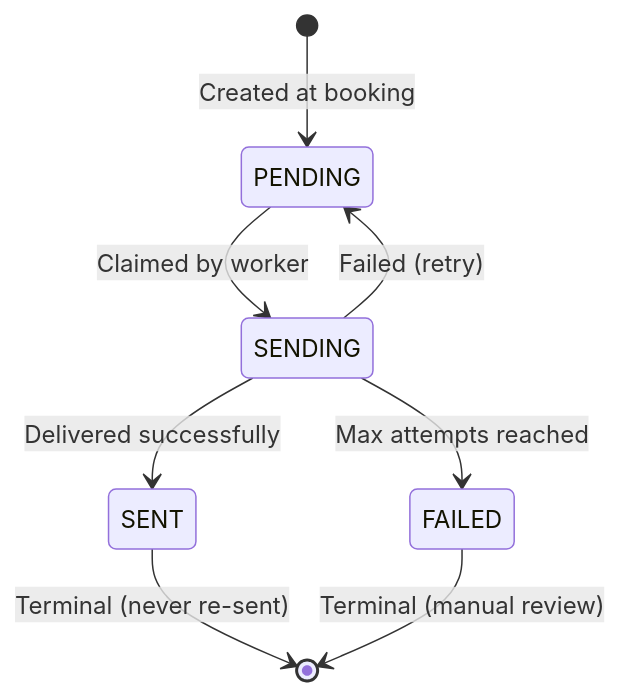
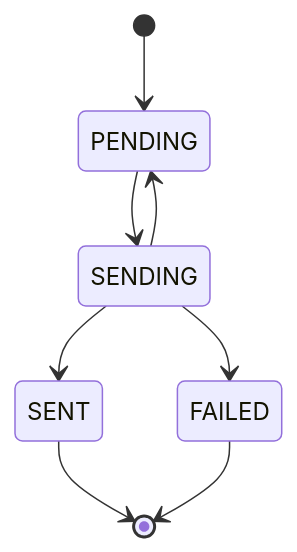
The second of 2 diagrams in README.md (kharshit801/appointment-reminder-service), drawn with Mermaid before and after one commit. The commit also changed other lines of this file, not shown here.

Commit message:
simplify state diagram labels

````diff
--- a/README.md
+++ b/README.md
@@ -54,10 +54,10 @@
 ```mermaid
 stateDiagram-v2
-    [*] --> PENDING: Created at booking
-    PENDING --> SENDING: Claimed by worker
-    SENDING --> SENT: Delivered successfully
-    SENDING --> PENDING: Failed (retry)
-    SENDING --> FAILED: Max attempts reached
-    SENT --> [*]: Terminal (never re-sent)
-    FAILED --> [*]: Terminal (manual review)
+    [*] --> PENDING
+    PENDING --> SENDING
+    SENDING --> SENT
+    SENDING --> PENDING
+    SENDING --> FAILED
+    SENT --> [*]
+    FAILED --> [*]
 ```
````
